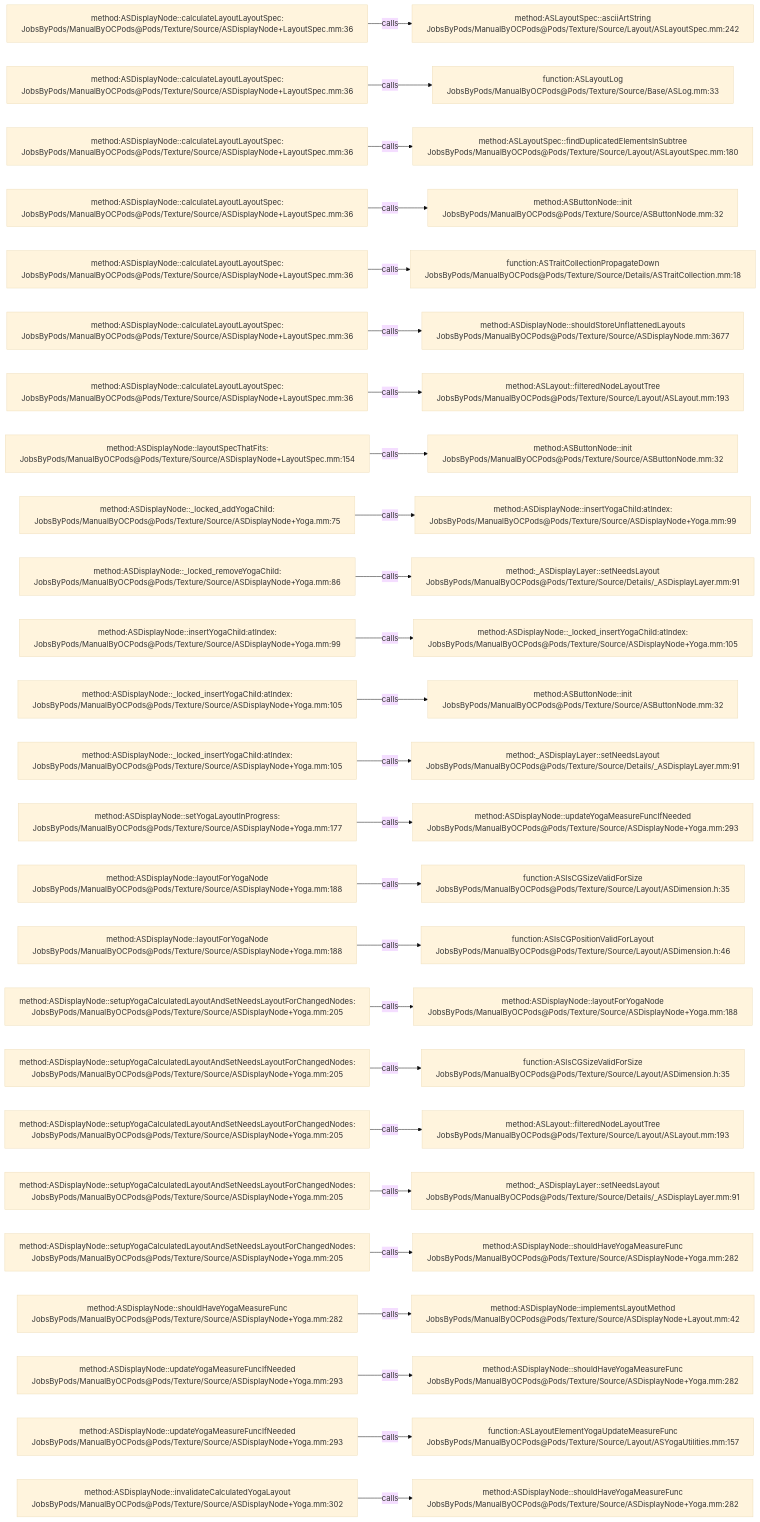
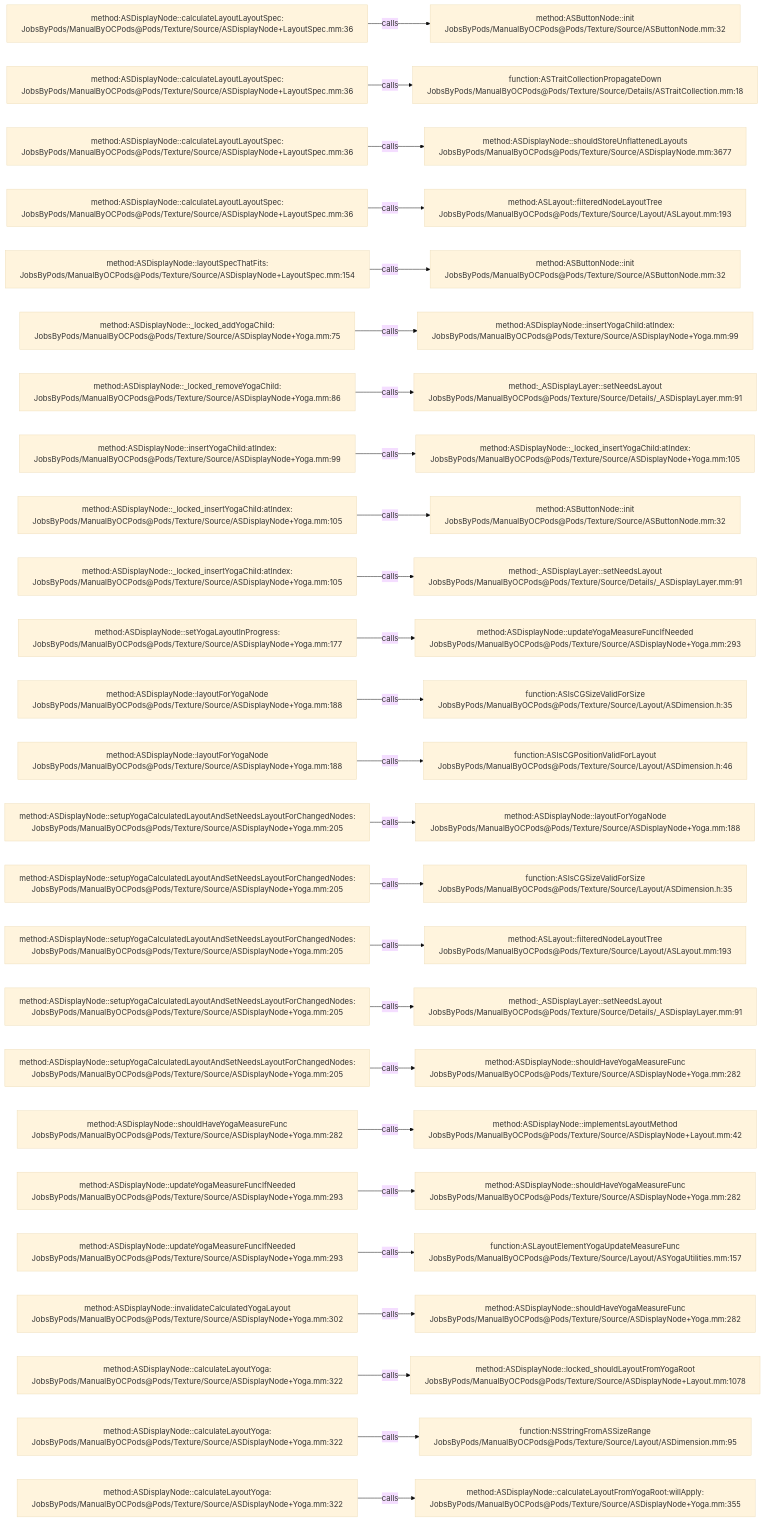
The diagram in .codegraph/codegraph.md/graphs/calls-096.md (JobsKits/JobsOCBaseConfigDemo), drawn with Mermaid (base theme) before and after one commit. The commit also changed 342 other files, not shown here.

````diff
--- a/.codegraph/codegraph.md/graphs/calls-096.md
+++ b/.codegraph/codegraph.md/graphs/calls-096.md
@@ -13,78 +13,78 @@
 ```mermaid
 flowchart LR
   S1["method:ASDisplayNode::calculateLayoutLayoutSpec:<br/>JobsByPods/ManualByOCPods@Pods/Texture/Source/ASDisplayNode+LayoutSpec.mm:36"]
-  T1["method:ASLayoutSpec::asciiArtString<br/>JobsByPods/ManualByOCPods@Pods/Texture/Source/Layout/ASLayoutSpec.mm:242"]
+  T1["method:ASButtonNode::init<br/>JobsByPods/ManualByOCPods@Pods/Texture/Source/ASButtonNode.mm:32"]
   S1 -->|calls| T1
   S2["method:ASDisplayNode::calculateLayoutLayoutSpec:<br/>JobsByPods/ManualByOCPods@Pods/Texture/Source/ASDisplayNode+LayoutSpec.mm:36"]
-  T2["function:ASLayoutLog<br/>JobsByPods/ManualByOCPods@Pods/Texture/Source/Base/ASLog.mm:33"]
+  T2["function:ASTraitCollectionPropagateDown<br/>JobsByPods/ManualByOCPods@Pods/Texture/Source/Details/ASTraitCollection.mm:18"]
   S2 -->|calls| T2
   S3["method:ASDisplayNode::calculateLayoutLayoutSpec:<br/>JobsByPods/ManualByOCPods@Pods/Texture/Source/ASDisplayNode+LayoutSpec.mm:36"]
-  T3["method:ASLayoutSpec::findDuplicatedElementsInSubtree<br/>JobsByPods/ManualByOCPods@Pods/Texture/Source/Layout/ASLayoutSpec.mm:180"]
+  T3["method:ASDisplayNode::shouldStoreUnflattenedLayouts<br/>JobsByPods/ManualByOCPods@Pods/Texture/Source/ASDisplayNode.mm:3677"]
   S3 -->|calls| T3
   S4["method:ASDisplayNode::calculateLayoutLayoutSpec:<br/>JobsByPods/ManualByOCPods@Pods/Texture/Source/ASDisplayNode+LayoutSpec.mm:36"]
-  T4["method:ASButtonNode::init<br/>JobsByPods/ManualByOCPods@Pods/Texture/Source/ASButtonNode.mm:32"]
+  T4["method:ASLayout::filteredNodeLayoutTree<br/>JobsByPods/ManualByOCPods@Pods/Texture/Source/Layout/ASLayout.mm:193"]
   S4 -->|calls| T4
-  S5["method:ASDisplayNode::calculateLayoutLayoutSpec:<br/>JobsByPods/ManualByOCPods@Pods/Texture/Source/ASDisplayNode+LayoutSpec.mm:36"]
-  T5["function:ASTraitCollectionPropagateDown<br/>JobsByPods/ManualByOCPods@Pods/Texture/Source/Details/ASTraitCollection.mm:18"]
+  S5["method:ASDisplayNode::layoutSpecThatFits:<br/>JobsByPods/ManualByOCPods@Pods/Texture/Source/ASDisplayNode+LayoutSpec.mm:154"]
+  T5["method:ASButtonNode::init<br/>JobsByPods/ManualByOCPods@Pods/Texture/Source/ASButtonNode.mm:32"]
   S5 -->|calls| T5
-  S6["method:ASDisplayNode::calculateLayoutLayoutSpec:<br/>JobsByPods/ManualByOCPods@Pods/Texture/Source/ASDisplayNode+LayoutSpec.mm:36"]
-  T6["method:ASDisplayNode::shouldStoreUnflattenedLayouts<br/>JobsByPods/ManualByOCPods@Pods/Texture/Source/ASDisplayNode.mm:3677"]
+  S6["method:ASDisplayNode::_locked_addYogaChild:<br/>JobsByPods/ManualByOCPods@Pods/Texture/Source/ASDisplayNode+Yoga.mm:75"]
+  T6["method:ASDisplayNode::insertYogaChild:atIndex:<br/>JobsByPods/ManualByOCPods@Pods/Texture/Source/ASDisplayNode+Yoga.mm:99"]
   S6 -->|calls| T6
-  S7["method:ASDisplayNode::calculateLayoutLayoutSpec:<br/>JobsByPods/ManualByOCPods@Pods/Texture/Source/ASDisplayNode+LayoutSpec.mm:36"]
-  T7["method:ASLayout::filteredNodeLayoutTree<br/>JobsByPods/ManualByOCPods@Pods/Texture/Source/Layout/ASLayout.mm:193"]
+  S7["method:ASDisplayNode::_locked_removeYogaChild:<br/>JobsByPods/ManualByOCPods@Pods/Texture/Source/ASDisplayNode+Yoga.mm:86"]
+  T7["method:_ASDisplayLayer::setNeedsLayout<br/>JobsByPods/ManualByOCPods@Pods/Texture/Source/Details/_ASDisplayLayer.mm:91"]
   S7 -->|calls| T7
-  S8["method:ASDisplayNode::layoutSpecThatFits:<br/>JobsByPods/ManualByOCPods@Pods/Texture/Source/ASDisplayNode+LayoutSpec.mm:154"]
-  T8["method:ASButtonNode::init<br/>JobsByPods/ManualByOCPods@Pods/Texture/Source/ASButtonNode.mm:32"]
+  S8["method:ASDisplayNode::insertYogaChild:atIndex:<br/>JobsByPods/ManualByOCPods@Pods/Texture/Source/ASDisplayNode+Yoga.mm:99"]
+  T8["method:ASDisplayNode::_locked_insertYogaChild:atIndex:<br/>JobsByPods/ManualByOCPods@Pods/Texture/Source/ASDisplayNode+Yoga.mm:105"]
   S8 -->|calls| T8
-  S9["method:ASDisplayNode::_locked_addYogaChild:<br/>JobsByPods/ManualByOCPods@Pods/Texture/Source/ASDisplayNode+Yoga.mm:75"]
-  T9["method:ASDisplayNode::insertYogaChild:atIndex:<br/>JobsByPods/ManualByOCPods@Pods/Texture/Source/ASDisplayNode+Yoga.mm:99"]
+  S9["method:ASDisplayNode::_locked_insertYogaChild:atIndex:<br/>JobsByPods/ManualByOCPods@Pods/Texture/Source/ASDisplayNode+Yoga.mm:105"]
+  T9["method:ASButtonNode::init<br/>JobsByPods/ManualByOCPods@Pods/Texture/Source/ASButtonNode.mm:32"]
   S9 -->|calls| T9
-  S10["method:ASDisplayNode::_locked_removeYogaChild:<br/>JobsByPods/ManualByOCPods@Pods/Texture/Source/ASDisplayNode+Yoga.mm:86"]
+  S10["method:ASDisplayNode::_locked_insertYogaChild:atIndex:<br/>JobsByPods/ManualByOCPods@Pods/Texture/Source/ASDisplayNode+Yoga.mm:105"]
   T10["method:_ASDisplayLayer::setNeedsLayout<br/>JobsByPods/ManualByOCPods@Pods/Texture/Source/Details/_ASDisplayLayer.mm:91"]
   S10 -->|calls| T10
-  S11["method:ASDisplayNode::insertYogaChild:atIndex:<br/>JobsByPods/ManualByOCPods@Pods/Texture/Source/ASDisplayNode+Yoga.mm:99"]
-  T11["method:ASDisplayNode::_locked_insertYogaChild:atIndex:<br/>JobsByPods/ManualByOCPods@Pods/Texture/Source/ASDisplayNode+Yoga.mm:105"]
+  S11["method:ASDisplayNode::setYogaLayoutInProgress:<br/>JobsByPods/ManualByOCPods@Pods/Texture/Source/ASDisplayNode+Yoga.mm:177"]
+  T11["method:ASDisplayNode::updateYogaMeasureFuncIfNeeded<br/>JobsByPods/ManualByOCPods@Pods/Texture/Source/ASDisplayNode+Yoga.mm:293"]
   S11 -->|calls| T11
-  S12["method:ASDisplayNode::_locked_insertYogaChild:atIndex:<br/>JobsByPods/ManualByOCPods@Pods/Texture/Source/ASDisplayNode+Yoga.mm:105"]
-  T12["method:ASButtonNode::init<br/>JobsByPods/ManualByOCPods@Pods/Texture/Source/ASButtonNode.mm:32"]
+  S12["method:ASDisplayNode::layoutForYogaNode<br/>JobsByPods/ManualByOCPods@Pods/Texture/Source/ASDisplayNode+Yoga.mm:188"]
+  T12["function:ASIsCGSizeValidForSize<br/>JobsByPods/ManualByOCPods@Pods/Texture/Source/Layout/ASDimension.h:35"]
   S12 -->|calls| T12
-  S13["method:ASDisplayNode::_locked_insertYogaChild:atIndex:<br/>JobsByPods/ManualByOCPods@Pods/Texture/Source/ASDisplayNode+Yoga.mm:105"]
-  T13["method:_ASDisplayLayer::setNeedsLayout<br/>JobsByPods/ManualByOCPods@Pods/Texture/Source/Details/_ASDisplayLayer.mm:91"]
+  S13["method:ASDisplayNode::layoutForYogaNode<br/>JobsByPods/ManualByOCPods@Pods/Texture/Source/ASDisplayNode+Yoga.mm:188"]
+  T13["function:ASIsCGPositionValidForLayout<br/>JobsByPods/ManualByOCPods@Pods/Texture/Source/Layout/ASDimension.h:46"]
   S13 -->|calls| T13
-  S14["method:ASDisplayNode::setYogaLayoutInProgress:<br/>JobsByPods/ManualByOCPods@Pods/Texture/Source/ASDisplayNode+Yoga.mm:177"]
-  T14["method:ASDisplayNode::updateYogaMeasureFuncIfNeeded<br/>JobsByPods/ManualByOCPods@Pods/Texture/Source/ASDisplayNode+Yoga.mm:293"]
+  S14["method:ASDisplayNode::setupYogaCalculatedLayoutAndSetNeedsLayoutForChangedNodes:<br/>JobsByPods/ManualByOCPods@Pods/Texture/Source/ASDisplayNode+Yoga.mm:205"]
+  T14["method:ASDisplayNode::layoutForYogaNode<br/>JobsByPods/ManualByOCPods@Pods/Texture/Source/ASDisplayNode+Yoga.mm:188"]
   S14 -->|calls| T14
-  S15["method:ASDisplayNode::layoutForYogaNode<br/>JobsByPods/ManualByOCPods@Pods/Texture/Source/ASDisplayNode+Yoga.mm:188"]
+  S15["method:ASDisplayNode::setupYogaCalculatedLayoutAndSetNeedsLayoutForChangedNodes:<br/>JobsByPods/ManualByOCPods@Pods/Texture/Source/ASDisplayNode+Yoga.mm:205"]
   T15["function:ASIsCGSizeValidForSize<br/>JobsByPods/ManualByOCPods@Pods/Texture/Source/Layout/ASDimension.h:35"]
   S15 -->|calls| T15
-  S16["method:ASDisplayNode::layoutForYogaNode<br/>JobsByPods/ManualByOCPods@Pods/Texture/Source/ASDisplayNode+Yoga.mm:188"]
-  T16["function:ASIsCGPositionValidForLayout<br/>JobsByPods/ManualByOCPods@Pods/Texture/Source/Layout/ASDimension.h:46"]
+  S16["method:ASDisplayNode::setupYogaCalculatedLayoutAndSetNeedsLayoutForChangedNodes:<br/>JobsByPods/ManualByOCPods@Pods/Texture/Source/ASDisplayNode+Yoga.mm:205"]
+  T16["method:ASLayout::filteredNodeLayoutTree<br/>JobsByPods/ManualByOCPods@Pods/Texture/Source/Layout/ASLayout.mm:193"]
   S16 -->|calls| T16
   S17["method:ASDisplayNode::setupYogaCalculatedLayoutAndSetNeedsLayoutForChangedNodes:<br/>JobsByPods/ManualByOCPods@Pods/Texture/Source/ASDisplayNode+Yoga.mm:205"]
-  T17["method:ASDisplayNode::layoutForYogaNode<br/>JobsByPods/ManualByOCPods@Pods/Texture/Source/ASDisplayNode+Yoga.mm:188"]
+  T17["method:_ASDisplayLayer::setNeedsLayout<br/>JobsByPods/ManualByOCPods@Pods/Texture/Source/Details/_ASDisplayLayer.mm:91"]
   S17 -->|calls| T17
   S18["method:ASDisplayNode::setupYogaCalculatedLayoutAndSetNeedsLayoutForChangedNodes:<br/>JobsByPods/ManualByOCPods@Pods/Texture/Source/ASDisplayNode+Yoga.mm:205"]
-  T18["function:ASIsCGSizeValidForSize<br/>JobsByPods/ManualByOCPods@Pods/Texture/Source/Layout/ASDimension.h:35"]
+  T18["method:ASDisplayNode::shouldHaveYogaMeasureFunc<br/>JobsByPods/ManualByOCPods@Pods/Texture/Source/ASDisplayNode+Yoga.mm:282"]
   S18 -->|calls| T18
-  S19["method:ASDisplayNode::setupYogaCalculatedLayoutAndSetNeedsLayoutForChangedNodes:<br/>JobsByPods/ManualByOCPods@Pods/Texture/Source/ASDisplayNode+Yoga.mm:205"]
-  T19["method:ASLayout::filteredNodeLayoutTree<br/>JobsByPods/ManualByOCPods@Pods/Texture/Source/Layout/ASLayout.mm:193"]
+  S19["method:ASDisplayNode::shouldHaveYogaMeasureFunc<br/>JobsByPods/ManualByOCPods@Pods/Texture/Source/ASDisplayNode+Yoga.mm:282"]
+  T19["method:ASDisplayNode::implementsLayoutMethod<br/>JobsByPods/ManualByOCPods@Pods/Texture/Source/ASDisplayNode+Layout.mm:42"]
   S19 -->|calls| T19
-  S20["method:ASDisplayNode::setupYogaCalculatedLayoutAndSetNeedsLayoutForChangedNodes:<br/>JobsByPods/ManualByOCPods@Pods/Texture/Source/ASDisplayNode+Yoga.mm:205"]
-  T20["method:_ASDisplayLayer::setNeedsLayout<br/>JobsByPods/ManualByOCPods@Pods/Texture/Source/Details/_ASDisplayLayer.mm:91"]
+  S20["method:ASDisplayNode::updateYogaMeasureFuncIfNeeded<br/>JobsByPods/ManualByOCPods@Pods/Texture/Source/ASDisplayNode+Yoga.mm:293"]
+  T20["method:ASDisplayNode::shouldHaveYogaMeasureFunc<br/>JobsByPods/ManualByOCPods@Pods/Texture/Source/ASDisplayNode+Yoga.mm:282"]
   S20 -->|calls| T20
-  S21["method:ASDisplayNode::setupYogaCalculatedLayoutAndSetNeedsLayoutForChangedNodes:<br/>JobsByPods/ManualByOCPods@Pods/Texture/Source/ASDisplayNode+Yoga.mm:205"]
-  T21["method:ASDisplayNode::shouldHaveYogaMeasureFunc<br/>JobsByPods/ManualByOCPods@Pods/Texture/Source/ASDisplayNode+Yoga.mm:282"]
+  S21["method:ASDisplayNode::updateYogaMeasureFuncIfNeeded<br/>JobsByPods/ManualByOCPods@Pods/Texture/Source/ASDisplayNode+Yoga.mm:293"]
+  T21["function:ASLayoutElementYogaUpdateMeasureFunc<br/>JobsByPods/ManualByOCPods@Pods/Texture/Source/Layout/ASYogaUtilities.mm:157"]
   S21 -->|calls| T21
-  S22["method:ASDisplayNode::shouldHaveYogaMeasureFunc<br/>JobsByPods/ManualByOCPods@Pods/Texture/Source/ASDisplayNode+Yoga.mm:282"]
-  T22["method:ASDisplayNode::implementsLayoutMethod<br/>JobsByPods/ManualByOCPods@Pods/Texture/Source/ASDisplayNode+Layout.mm:42"]
+  S22["method:ASDisplayNode::invalidateCalculatedYogaLayout<br/>JobsByPods/ManualByOCPods@Pods/Texture/Source/ASDisplayNode+Yoga.mm:302"]
+  T22["method:ASDisplayNode::shouldHaveYogaMeasureFunc<br/>JobsByPods/ManualByOCPods@Pods/Texture/Source/ASDisplayNode+Yoga.mm:282"]
   S22 -->|calls| T22
-  S23["method:ASDisplayNode::updateYogaMeasureFuncIfNeeded<br/>JobsByPods/ManualByOCPods@Pods/Texture/Source/ASDisplayNode+Yoga.mm:293"]
-  T23["method:ASDisplayNode::shouldHaveYogaMeasureFunc<br/>JobsByPods/ManualByOCPods@Pods/Texture/Source/ASDisplayNode+Yoga.mm:282"]
+  S23["method:ASDisplayNode::calculateLayoutYoga:<br/>JobsByPods/ManualByOCPods@Pods/Texture/Source/ASDisplayNode+Yoga.mm:322"]
+  T23["method:ASDisplayNode::locked_shouldLayoutFromYogaRoot<br/>JobsByPods/ManualByOCPods@Pods/Texture/Source/ASDisplayNode+Layout.mm:1078"]
   S23 -->|calls| T23
-  S24["method:ASDisplayNode::updateYogaMeasureFuncIfNeeded<br/>JobsByPods/ManualByOCPods@Pods/Texture/Source/ASDisplayNode+Yoga.mm:293"]
-  T24["function:ASLayoutElementYogaUpdateMeasureFunc<br/>JobsByPods/ManualByOCPods@Pods/Texture/Source/Layout/ASYogaUtilities.mm:157"]
+  S24["method:ASDisplayNode::calculateLayoutYoga:<br/>JobsByPods/ManualByOCPods@Pods/Texture/Source/ASDisplayNode+Yoga.mm:322"]
+  T24["function:NSStringFromASSizeRange<br/>JobsByPods/ManualByOCPods@Pods/Texture/Source/Layout/ASDimension.mm:95"]
   S24 -->|calls| T24
-  S25["method:ASDisplayNode::invalidateCalculatedYogaLayout<br/>JobsByPods/ManualByOCPods@Pods/Texture/Source/ASDisplayNode+Yoga.mm:302"]
-  T25["method:ASDisplayNode::shouldHaveYogaMeasureFunc<br/>JobsByPods/ManualByOCPods@Pods/Texture/Source/ASDisplayNode+Yoga.mm:282"]
+  S25["method:ASDisplayNode::calculateLayoutYoga:<br/>JobsByPods/ManualByOCPods@Pods/Texture/Source/ASDisplayNode+Yoga.mm:322"]
+  T25["method:ASDisplayNode::calculateLayoutFromYogaRoot:willApply:<br/>JobsByPods/ManualByOCPods@Pods/Texture/Source/ASDisplayNode+Yoga.mm:355"]
   S25 -->|calls| T25
 ```
````
